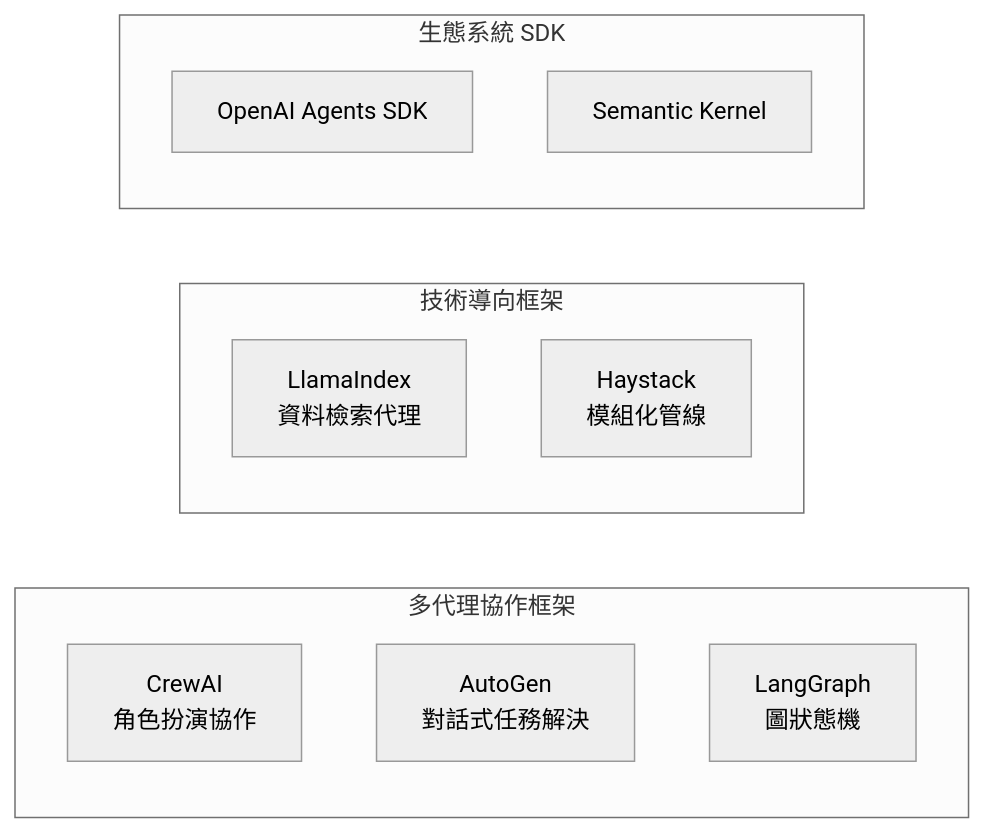
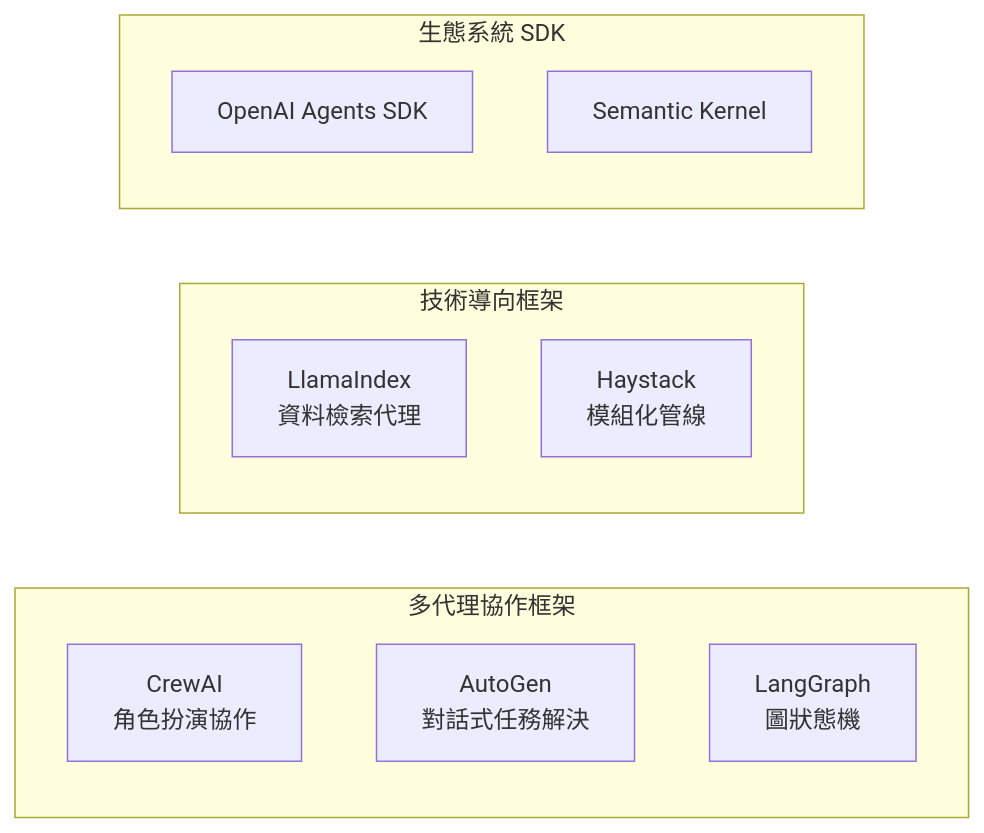
Before and after one commit to perng/ai-cert: the second of 2 diagrams in subjects/m5/chapter4.qmd, drawn with Mermaid. The commit also changed other lines of this file and 3 other files, not shown here.

Commit message:
feat: add custom CSS and Quarto configuration to enforce white backgrounds on mermaid diagrams

````diff
--- a/subjects/m5/chapter4.qmd
+++ b/subjects/m5/chapter4.qmd
@@ -128,17 +127,16 @@
 ```{mermaid}
-%%{init: {'theme': 'neutral'}}%%
 graph LR
-    subgraph "多代理協作框架"
+    subgraph S1["多代理協作框架"]
         CrewAI["CrewAI<br/>角色扮演協作"]
         AutoGen["AutoGen<br/>對話式任務解決"]
         LangGraph["LangGraph<br/>圖狀態機"]
     end
-    subgraph "技術導向框架"
+    subgraph S2["技術導向框架"]
         LlamaIndex["LlamaIndex<br/>資料檢索代理"]
         Haystack["Haystack<br/>模組化管線"]
     end
-    subgraph "生態系統 SDK"
+    subgraph S3["生態系統 SDK"]
         OpenAISDK["OpenAI Agents SDK"]
         SemanticKernel["Semantic Kernel"]
     end
 ```
````
